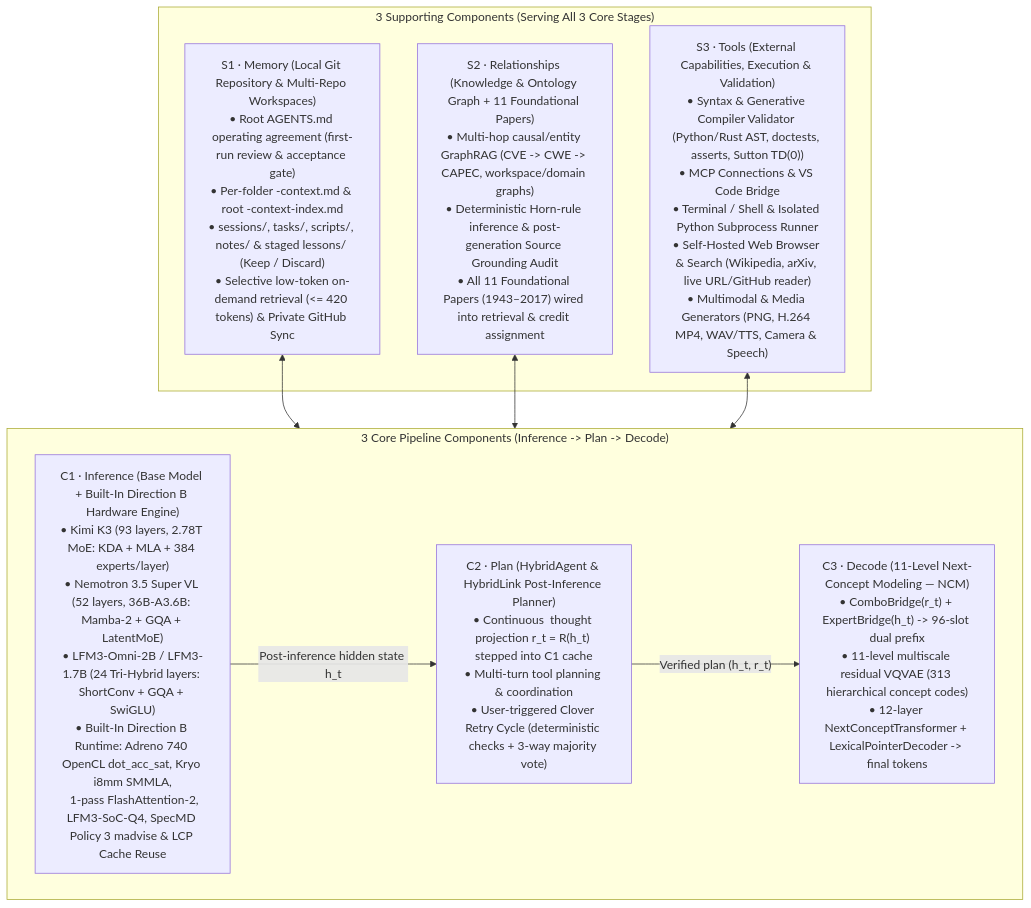
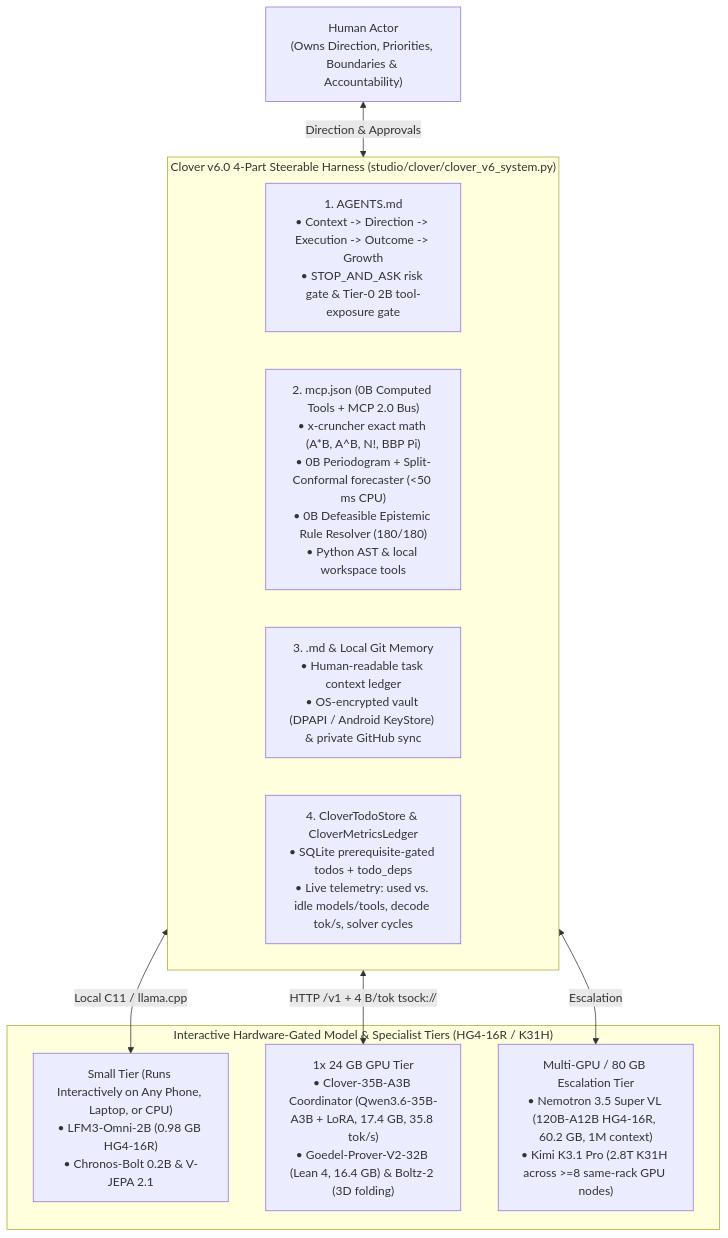
Before and after one commit to santhoshsathish94/clover-framework: the diagram in clover-ai-system/CLOVER_FRAMEWORK_ARCHITECTURE.md, drawn with Mermaid. The commit also changed other lines of this file and 39 other files, not shown here.

First line of the commit message:
Update AI Studio site & repo documentation to Clover v6.0.0 across all surfaces

````diff
--- a/clover-ai-system/CLOVER_FRAMEWORK_ARCHITECTURE.md
+++ b/clover-ai-system/CLOVER_FRAMEWORK_ARCHITECTURE.md
@@ -9,20 +12,22 @@
 ```mermaid
 flowchart TB
-    subgraph Core["3 Core Pipeline Components (Inference -> Plan -> Decode)"]
-        C1["C1 · Inference (Base Model + Built-In Direction B Hardware Engine)\n• Kimi K3 (93 layers, 2.78T MoE: KDA + MLA + 384 experts/layer)\n• Nemotron 3.5 Super VL (52 layers, 36B-A3.6B: Mamba-2 + GQA + LatentMoE)\n• LFM3-Omni-2B / LFM3-1.7B (24 Tri-Hybrid layers: ShortConv + GQA + SwiGLU)\n• Built-In Direction B Runtime: Adreno 740 OpenCL dot_acc_sat, Kryo i8mm SMMLA,\n  1-pass FlashAttention-2, LFM3-SoC-Q4, SpecMD Policy 3 madvise & LCP Cache Reuse"]
-        C2["C2 · Plan (HybridAgent & HybridLink Post-Inference Planner)\n• Continuous <latent> thought projection r_t = R(h_t) stepped into C1 cache\n• Multi-turn tool planning & coordination\n• User-triggered Clover Retry Cycle (deterministic checks + 3-way majority vote)"]
-        C3["C3 · Decode (11-Level Next-Concept Modeling — NCM)\n• ComboBridge(r_t) + ExpertBridge(h_t) -> 96-slot dual prefix\n• 11-level multiscale residual VQVAE (313 hierarchical concept codes)\n• 12-layer NextConceptTransformer + LexicalPointerDecoder -> final tokens"]
-        C1 -->|"Post-inference hidden state h_t"| C2
-        C2 -->|"Verified plan (h_t, r_t)"| C3
+    H["Human Actor\n(Owns Direction, Priorities, Boundaries & Accountability)"]
+
+    subgraph Harness["Clover v6.0 4-Part Steerable Harness (studio/clover/clover_v6_system.py)"]
+        P1["1. AGENTS.md\n• Context -> Direction -> Execution -> Outcome -> Growth\n• STOP_AND_ASK risk gate & Tier-0 2B tool-exposure gate"]
+        P2["2. mcp.json (0B Computed Tools + MCP 2.0 Bus)\n• x-cruncher exact math (A*B, A^B, N!, BBP Pi)\n• 0B Periodogram + Split-Conformal forecaster (<50 ms CPU)\n• 0B Defeasible Epistemic Rule Resolver (180/180)\n• Python AST & local workspace tools"]
+        P3["3. <task_id>.md & Local Git Memory\n• Human-readable task context ledger\n• OS-encrypted vault (DPAPI / Android KeyStore) & private GitHub sync"]
+        P4["4. CloverTodoStore & CloverMetricsLedger\n• SQLite prerequisite-gated todos + todo_deps\n• Live telemetry: used vs. idle models/tools, decode tok/s, solver cycles"]
     end
 
-    subgraph Support["3 Supporting Components (Serving All 3 Core Stages)"]
-        S1["S1 · Memory (Local Git Repository & Multi-Repo Workspaces)\n• Root AGENTS.md operating agreement (first-run review & acceptance gate)\n• Per-folder <folder>-context.md & root <repo>-context-index.md\n• sessions/, tasks/, scripts/, notes/ & staged lessons/ (Keep / Discard)\n• Selective low-token on-demand retrieval (<= 420 tokens) & Private GitHub Sync"]
-        S2["S2 · Relationships (Knowledge & Ontology Graph + 11 Foundational Papers)\n• Multi-hop causal/entity GraphRAG (CVE -> CWE -> CAPEC, workspace/domain graphs)\n• Deterministic Horn-rule inference & post-generation Source Grounding Audit\n• All 11 Foundational Papers (1943–2017) wired into retrieval & credit assignment"]
-        S3["S3 · Tools (External Capabilities, Execution & Validation)\n• Syntax & Generative Compiler Validator (Python/Rust AST, doctests, asserts, Sutton TD(0))\n• MCP Connections & VS Code Bridge\n• Terminal / Shell & Isolated Python Subprocess Runner\n• Self-Hosted Web Browser & Search (Wikipedia, arXiv, live URL/GitHub reader)\n• Multimodal & Media Generators (PNG, H.264 MP4, WAV/TTS, Camera & Speech)"]
+    subgraph Fleet["Interactive Hardware-Gated Model & Specialist Tiers (HG4-16R / K31H)"]
+        S_ANY["Small Tier (Runs Interactively on Any Phone, Laptop, or CPU)\n• LFM3-Omni-2B (0.98 GB HG4-16R)\n• Chronos-Bolt 0.2B & V-JEPA 2.1"]
+        S_24["1x 24 GB GPU Tier\n• Clover-35B-A3B Coordinator (Qwen3.6-35B-A3B + LoRA, 17.4 GB, 35.8 tok/s)\n• Goedel-Prover-V2-32B (Lean 4, 16.4 GB) & Boltz-2 (3D folding)"]
+        S_72["Multi-GPU / 80 GB Escalation Tier\n• Nemotron 3.5 Super VL (120B-A12B HG4-16R, 60.2 GB, 1M context)\n• Kimi K3.1 Pro (2.8T K31H across >=8 same-rack GPU nodes)"]
     end
 
-    S1 <--> Core
-    S2 <--> Core
-    S3 <--> Core
+    H <-->|"Direction & Approvals"| Harness
+    Harness <-->|"Local C11 / llama.cpp"| S_ANY
+    Harness <-->|"HTTP /v1 + 4 B/tok tsock://"| S_24
+    Harness <-->|"Escalation"| S_72
 ```
````
